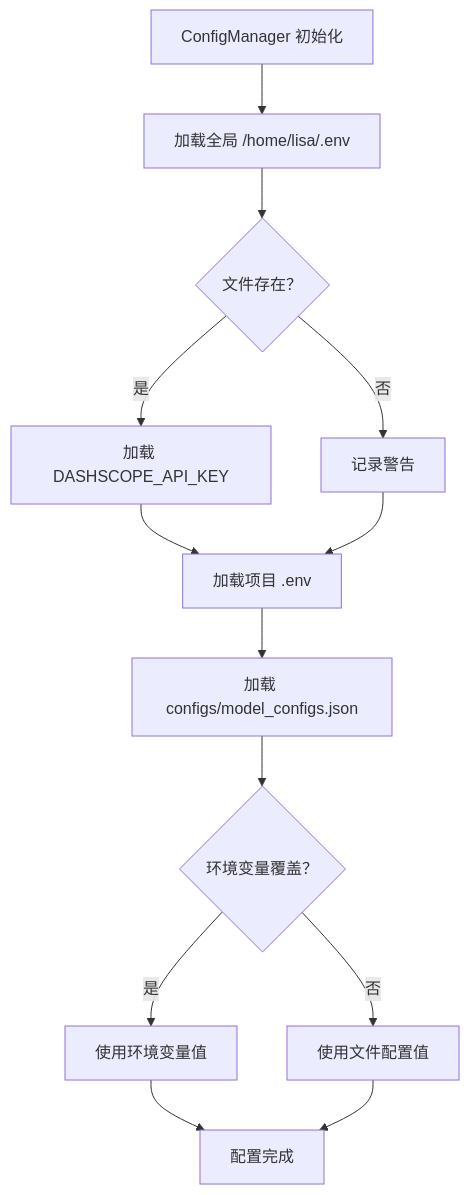
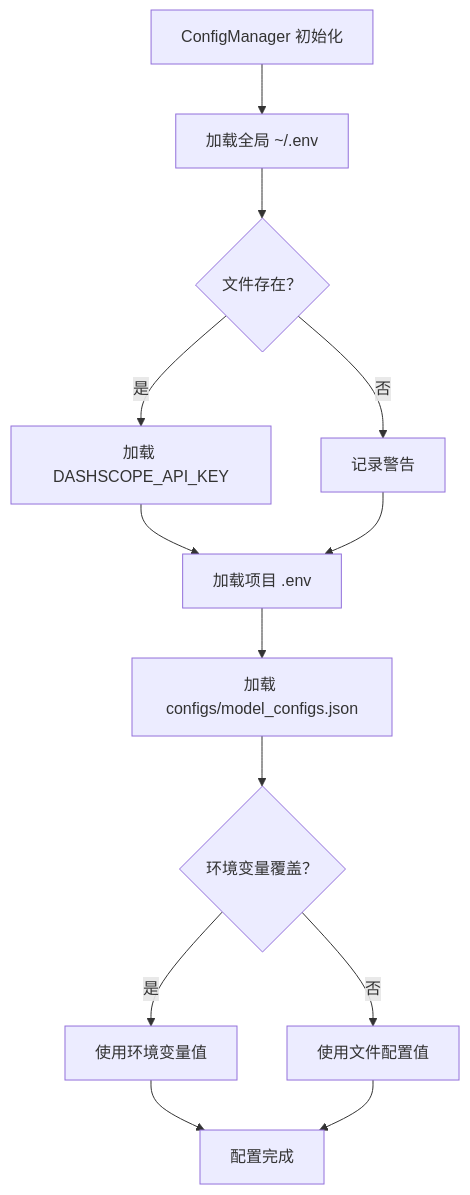
The eighth of 12 diagrams in docs/FLOWCHARTS.md (Lisa0926/github-insight-agent), drawn with Mermaid before and after one commit. The commit also changed other lines of this file and 5 other files, not shown here.

````diff
--- a/docs/FLOWCHARTS.md
+++ b/docs/FLOWCHARTS.md
@@ -207,20 +207,20 @@
 ```mermaid
 flowchart TD
-    A[ConfigManager 初始化] --> B[加载全局 /home/lisa/.env]
+    A[ConfigManager 初始化] --> B[加载全局 ~/.env]
     B --> C{文件存在？}
     
     C -->|是 | D[加载 DASHSCOPE_API_KEY]
     C -->|否 | E[记录警告]
     
     D --> F[加载项目 .env]
     E --> F
     
     F --> G[加载 configs/model_configs.json]
     G --> H{环境变量覆盖？}
     
     H -->|是 | I[使用环境变量值]
     H -->|否 | J[使用文件配置值]
     
     I --> K[配置完成]
     J --> K
 ```
````
